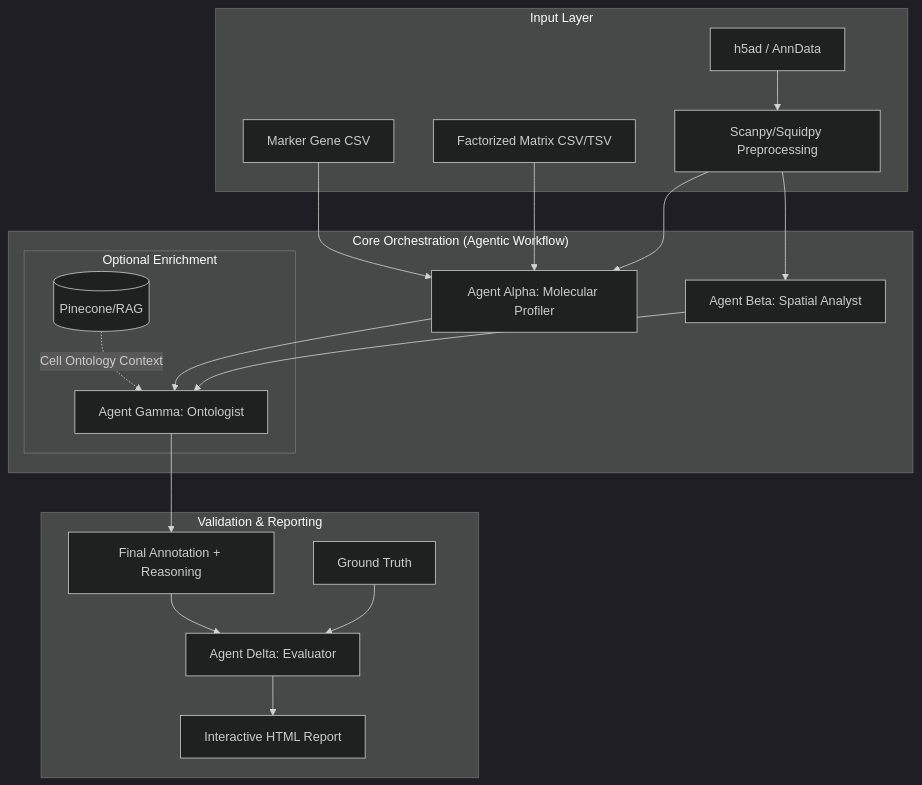
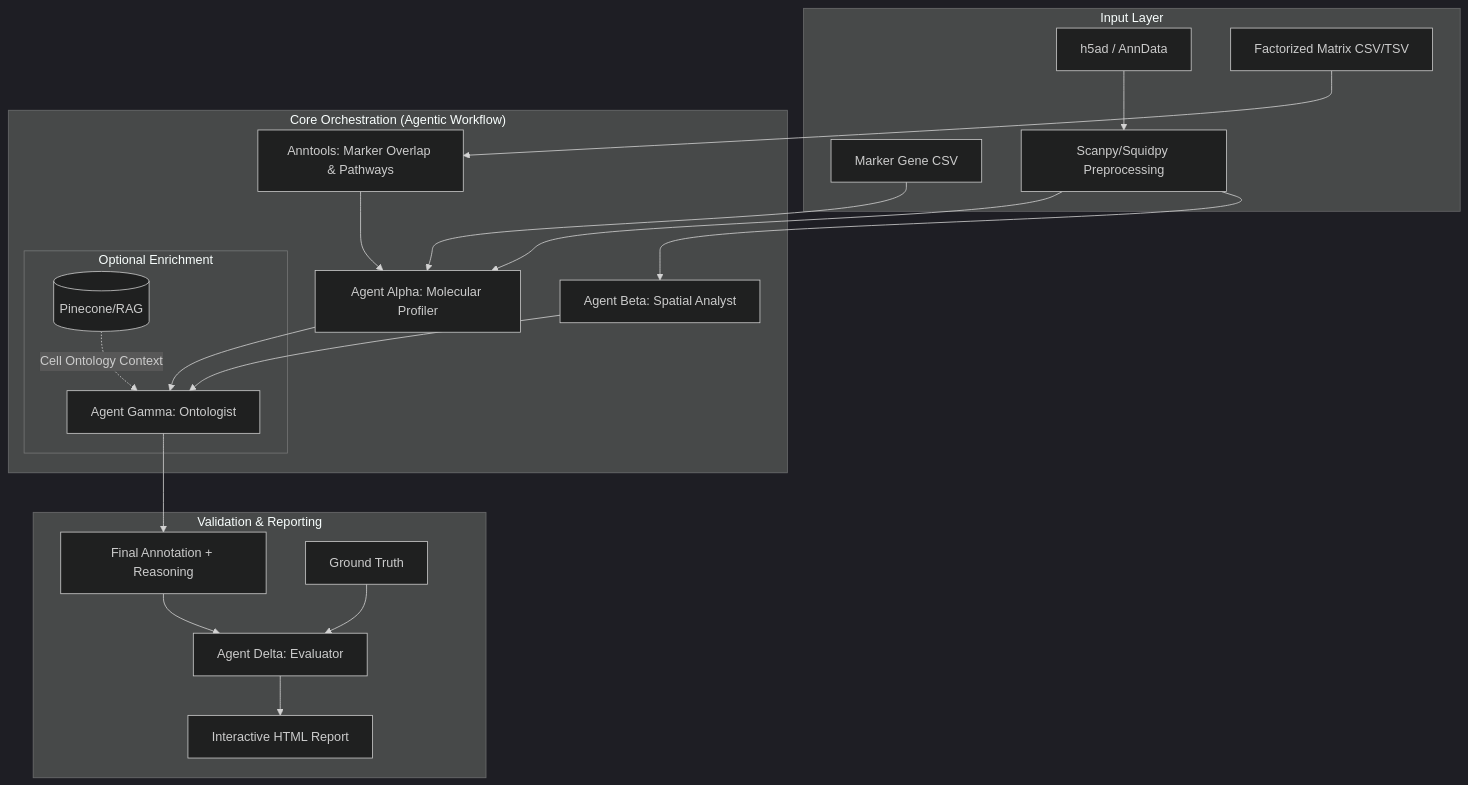
Before and after one commit to MorrissyLab/TranScribe: the diagram in README.md, drawn with Mermaid (dark theme). The commit also changed other lines of this file and 11 other files, not shown here.

Commit message:
feat: integrate anntools into factorized mode (marker overlap & pathway enrichment)

````diff
--- a/README.md
+++ b/README.md
@@ -23,29 +24,30 @@
 ```mermaid
 graph TD
     subgraph "Input Layer"
         H5[h5ad / AnnData]
         CSV[Marker Gene CSV]
         FAC[Factorized Matrix CSV/TSV]
         H5 --> PRE[Scanpy/Squidpy Preprocessing]
     end
 
     subgraph "Core Orchestration (Agentic Workflow)"
         PRE --> Alpha[Agent Alpha: Molecular Profiler]
         CSV --> Alpha
-        FAC --> Alpha
+        FAC --> Ann[Anntools: Marker Overlap & Pathways]
+        Ann --> Alpha
         PRE --> Beta[Agent Beta: Spatial Analyst]
         Alpha --> Gamma[Agent Gamma: Ontologist]
         Beta --> Gamma
         
         subgraph "Optional Enrichment"
             DB[(Pinecone/RAG)] -.->|Cell Ontology Context| Gamma
         end
     end
 
     subgraph "Validation & Reporting"
         Gamma --> R[Final Annotation + Reasoning]
         R --> Delta[Agent Delta: Evaluator]
         GT[Ground Truth] --> Delta
         Delta --> V[Interactive HTML Report]
     end
 ```
````
